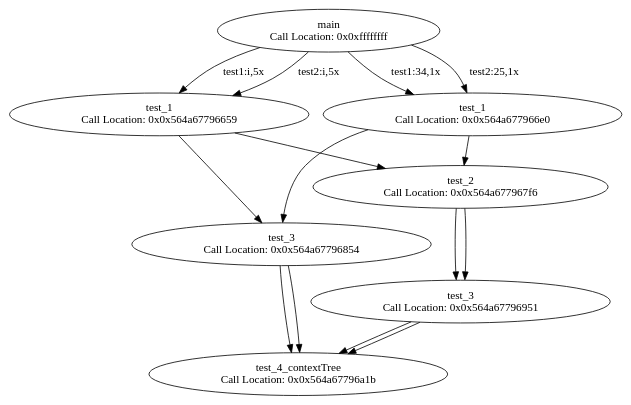
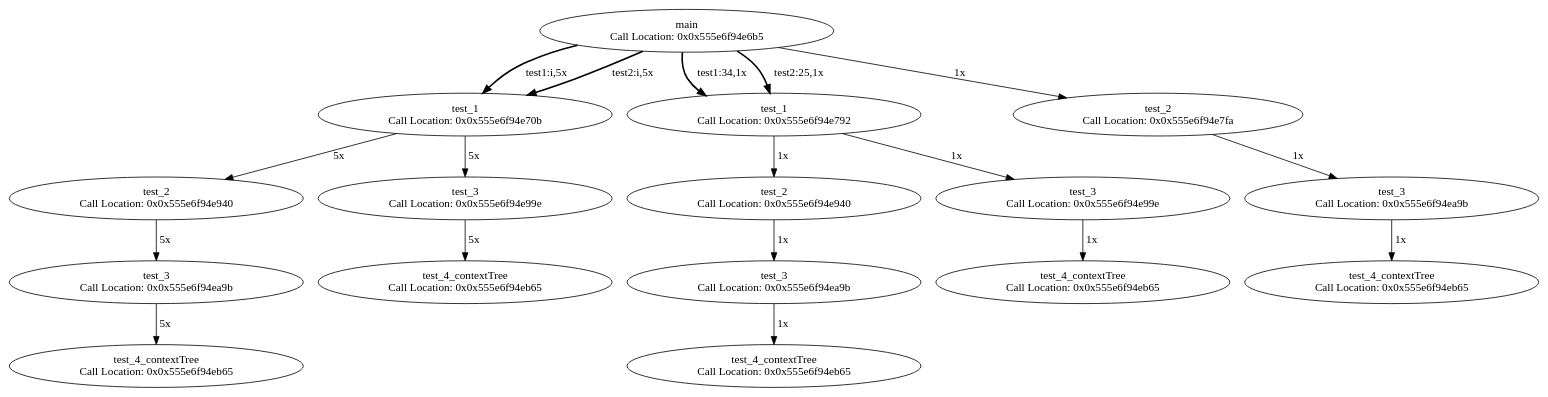
Before and after one commit to SameerDalal/backtrace: the diagram in tree.dot, drawn with Graphviz. The commit also changed 3 other files, not shown here.

```diff
--- a/tree.dot
+++ b/tree.dot
@@ -1,29 +1,35 @@
 digraph ContextTree {
-main0xffffffff[label="main\n Call Location: 0x0xffffffff"];
-main0xffffffff -> test_10x564a67796659[label=" test1:i,5x"];
-main0xffffffff -> test_10x564a67796659[label=" test2:i,5x"];
-main0xffffffff -> test_10x564a677966e0[label=" test1:34,1x"];
-main0xffffffff -> test_10x564a677966e0[label=" test2:25,1x"];
-test_10x564a67796659[label="test_1\n Call Location: 0x0x564a67796659"];
-test_10x564a67796659 -> test_20x564a677967f6
-test_10x564a67796659 -> test_30x564a67796854
-test_20x564a677967f6[label="test_2\n Call Location: 0x0x564a677967f6"];
-test_20x564a677967f6 -> test_30x564a67796951
-test_30x564a67796951[label="test_3\n Call Location: 0x0x564a67796951"];
-test_30x564a67796951 -> test_4_contextTree0x564a67796a1b
-test_4_contextTree0x564a67796a1b[label="test_4_contextTree\n Call Location: 0x0x564a67796a1b"];
-test_30x564a67796854[label="test_3\n Call Location: 0x0x564a67796854"];
-test_30x564a67796854 -> test_4_contextTree0x564a67796a1b
-test_4_contextTree0x564a67796a1b[label="test_4_contextTree\n Call Location: 0x0x564a67796a1b"];
-test_10x564a677966e0[label="test_1\n Call Location: 0x0x564a677966e0"];
-test_10x564a677966e0 -> test_20x564a677967f6
-test_10x564a677966e0 -> test_30x564a67796854
-test_20x564a677967f6[label="test_2\n Call Location: 0x0x564a677967f6"];
-test_20x564a677967f6 -> test_30x564a67796951
-test_30x564a67796951[label="test_3\n Call Location: 0x0x564a67796951"];
-test_30x564a67796951 -> test_4_contextTree0x564a67796a1b
-test_4_contextTree0x564a67796a1b[label="test_4_contextTree\n Call Location: 0x0x564a67796a1b"];
-test_30x564a67796854[label="test_3\n Call Location: 0x0x564a67796854"];
-test_30x564a67796854 -> test_4_contextTree0x564a67796a1b
-test_4_contextTree0x564a67796a1b[label="test_4_contextTree\n Call Location: 0x0x564a67796a1b"];
+main0x555e70721eb0[label="main\n Call Location: 0x0x555e6f94e6b5"];
+main0x555e70721eb0 -> test_10x555e70721f90[style=bold, label=" test1:i,5x"];
+main0x555e70721eb0 -> test_10x555e70721f90[style=bold, label=" test2:i,5x"];
+main0x555e70721eb0 -> test_10x555e707225d0[style=bold, label=" test1:34,1x"];
+main0x555e70721eb0 -> test_10x555e707225d0[style=bold, label=" test2:25,1x"];
+main0x555e70721eb0 -> test_20x555e70722bf0[label=" 1x"];
+test_10x555e70721f90[label="test_1\n Call Location: 0x0x555e6f94e70b"];
+test_10x555e70721f90 -> test_20x555e707220f0[label=" 5x"];
+test_10x555e70721f90 -> test_30x555e70722410[label=" 5x"];
+test_20x555e707220f0[label="test_2\n Call Location: 0x0x555e6f94e940"];
+test_20x555e707220f0 -> test_30x555e707221b0[label=" 5x"];
+test_30x555e707221b0[label="test_3\n Call Location: 0x0x555e6f94ea9b"];
+test_30x555e707221b0 -> test_4_contextTree0x555e707222d0[label=" 5x"];
+test_4_contextTree0x555e707222d0[label="test_4_contextTree\n Call Location: 0x0x555e6f94eb65"];
+test_30x555e70722410[label="test_3\n Call Location: 0x0x555e6f94e99e"];
+test_30x555e70722410 -> test_4_contextTree0x555e707224f0[label=" 5x"];
+test_4_contextTree0x555e707224f0[label="test_4_contextTree\n Call Location: 0x0x555e6f94eb65"];
+test_10x555e707225d0[label="test_1\n Call Location: 0x0x555e6f94e792"];
+test_10x555e707225d0 -> test_20x555e70722710[label=" 1x"];
+test_10x555e707225d0 -> test_30x555e70722a20[label=" 1x"];
+test_20x555e70722710[label="test_2\n Call Location: 0x0x555e6f94e940"];
+test_20x555e70722710 -> test_30x555e70722860[label=" 1x"];
+test_30x555e70722860[label="test_3\n Call Location: 0x0x555e6f94ea9b"];
+test_30x555e70722860 -> test_4_contextTree0x555e70722960[label=" 1x"];
+test_4_contextTree0x555e70722960[label="test_4_contextTree\n Call Location: 0x0x555e6f94eb65"];
+test_30x555e70722a20[label="test_3\n Call Location: 0x0x555e6f94e99e"];
+test_30x555e70722a20 -> test_4_contextTree0x555e70722b00[label=" 1x"];
+test_4_contextTree0x555e70722b00[label="test_4_contextTree\n Call Location: 0x0x555e6f94eb65"];
+test_20x555e70722bf0[label="test_2\n Call Location: 0x0x555e6f94e7fa"];
+test_20x555e70722bf0 -> test_30x555e70722ce0[label=" 1x"];
+test_30x555e70722ce0[label="test_3\n Call Location: 0x0x555e6f94ea9b"];
+test_30x555e70722ce0 -> test_4_contextTree0x555e70722dc0[label=" 1x"];
+test_4_contextTree0x555e70722dc0[label="test_4_contextTree\n Call Location: 0x0x555e6f94eb65"];
 }
```
